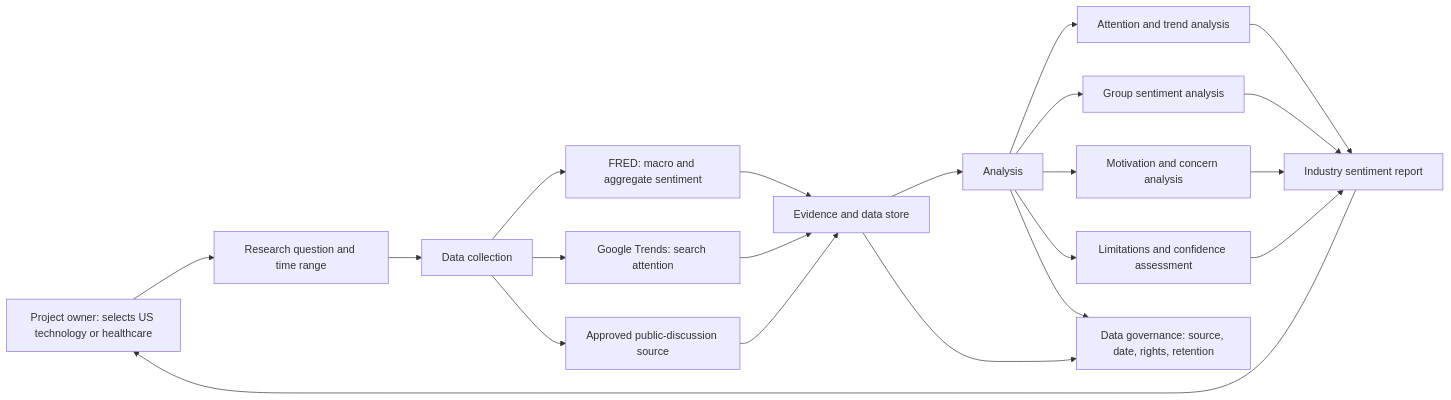
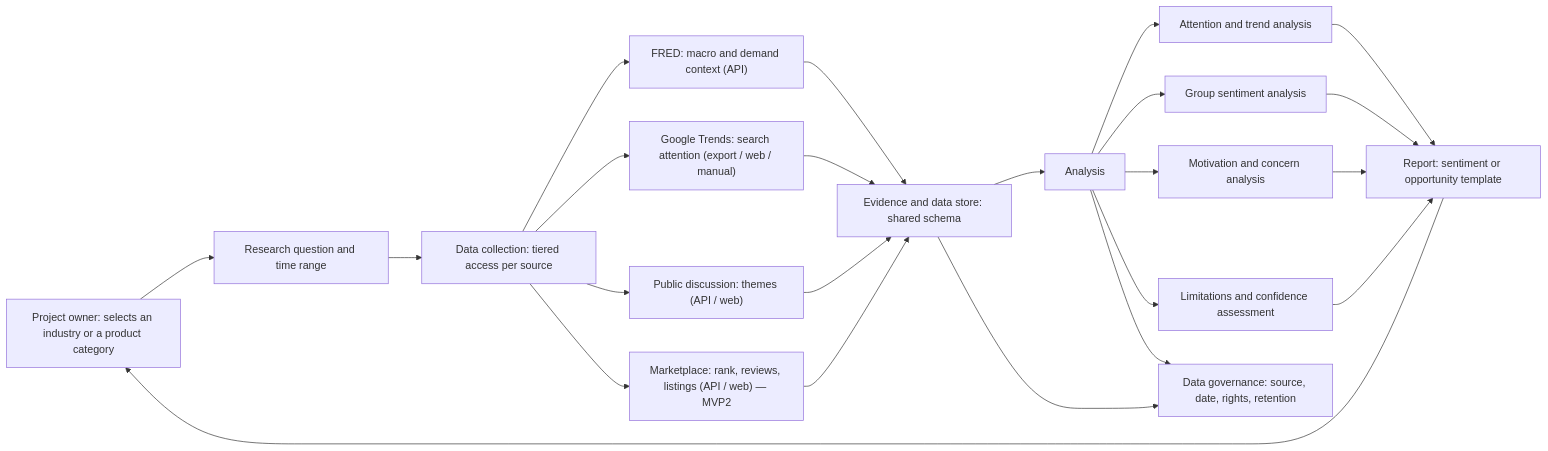
One commit to brucewangjp/marketing_personal_analysis changed the diagram in docs/04_Architecture/00_System_Architecture.md. Above: the diagram before and after it, drawn with Mermaid. The commit also changed other lines of this file and 13 other files, not shown here.

````diff
--- a/docs/04_Architecture/00_System_Architecture.md
+++ b/docs/04_Architecture/00_System_Architecture.md
@@ -15,28 +25,30 @@
 ```mermaid
 flowchart LR
-    U["Project owner: selects US technology or healthcare"] --> Q["Research question and time range"]
+    U["Project owner: selects an industry or a product category"] --> Q["Research question and time range"]
 
-    Q --> C["Data collection"]
-    C --> F["FRED: macro and aggregate sentiment"]
-    C --> G["Google Trends: search attention"]
-    C --> D["Approved public-discussion source"]
+    Q --> C["Data collection: tiered access per source"]
+    C --> F["FRED: macro and demand context (API)"]
+    C --> G["Google Trends: search attention (export / web / manual)"]
+    C --> D["Public discussion: themes (API / web)"]
+    C --> K["Marketplace: rank, reviews, listings (API / web) — MVP2"]
 
-    F --> E["Evidence and data store"]
+    F --> E["Evidence and data store: shared schema"]
     G --> E
     D --> E
+    K --> E
 
     E --> A["Analysis"]
     A --> T["Attention and trend analysis"]
     A --> S["Group sentiment analysis"]
     A --> M["Motivation and concern analysis"]
     A --> L["Limitations and confidence assessment"]
 
-    T --> R["Industry sentiment report"]
+    T --> R["Report: sentiment or opportunity template"]
     S --> R
     M --> R
     L --> R
     R --> U
 
     E --> P["Data governance: source, date, rights, retention"]
     A --> P
 ```
````
